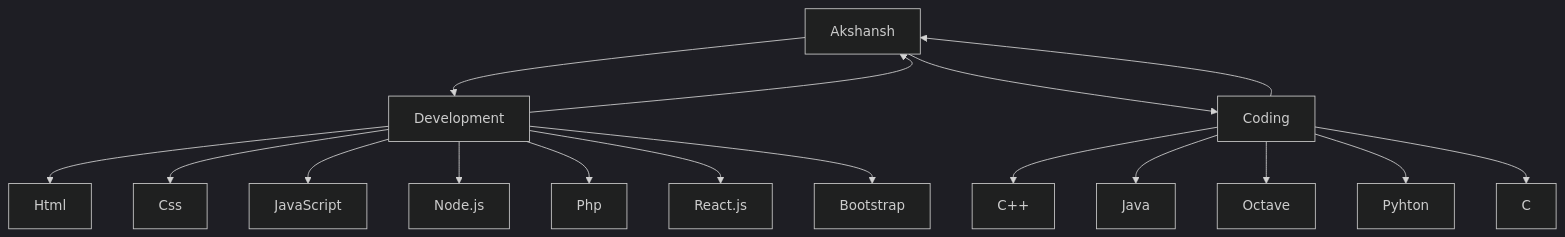
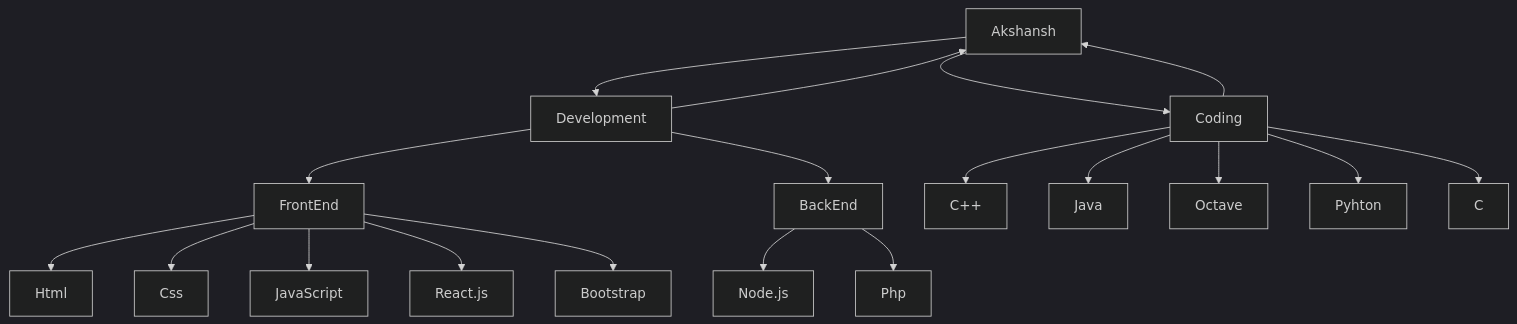
One commit to AkshanshChauhan/deployReactJsApplication changed the diagram in README.md. Above: the diagram before and after it, drawn with Mermaid (dark theme).

````diff
--- a/README.md
+++ b/README.md
@@ -15,19 +15,21 @@
 ```mermaid
 graph TD;
     Akshansh-->Development;
     Akshansh-->Coding;
     Development-->Akshansh;
     Coding-->Akshansh;
-    Development-->Html
-    Development-->Css
-    Development-->JavaScript
-    Development-->Node.js
-    Development-->Php
-    Development-->React.js
-    Development-->Bootstrap
-    Coding-->C++
-    Coding-->Java
-    Coding-->Octave
-    Coding-->Pyhton
-    Coding-->C
+    Development-->FrontEnd;
+    Development-->BackEnd;
+    FrontEnd-->Html;
+    FrontEnd-->Css;
+    FrontEnd-->JavaScript;
+    BackEnd-->Node.js;
+    BackEnd-->Php;
+    FrontEnd-->React.js;
+    FrontEnd-->Bootstrap;
+    Coding-->C++;
+    Coding-->Java;
+    Coding-->Octave;
+    Coding-->Pyhton;
+    Coding-->C;
 ```
````
